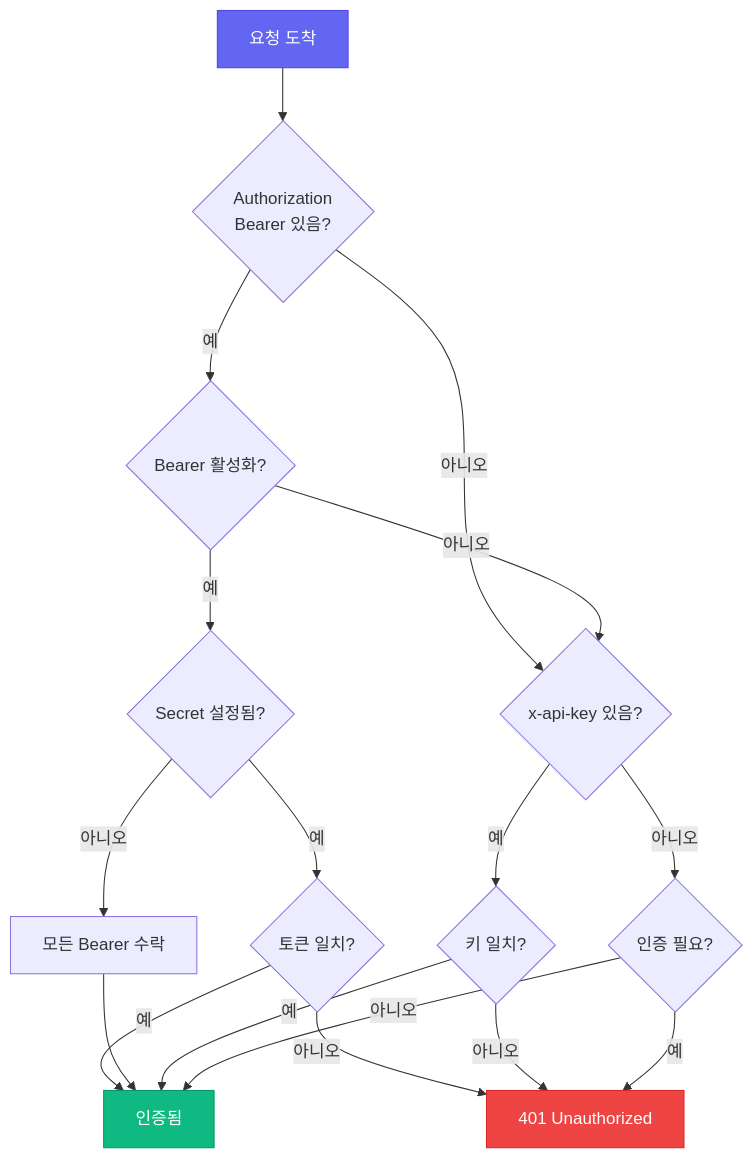
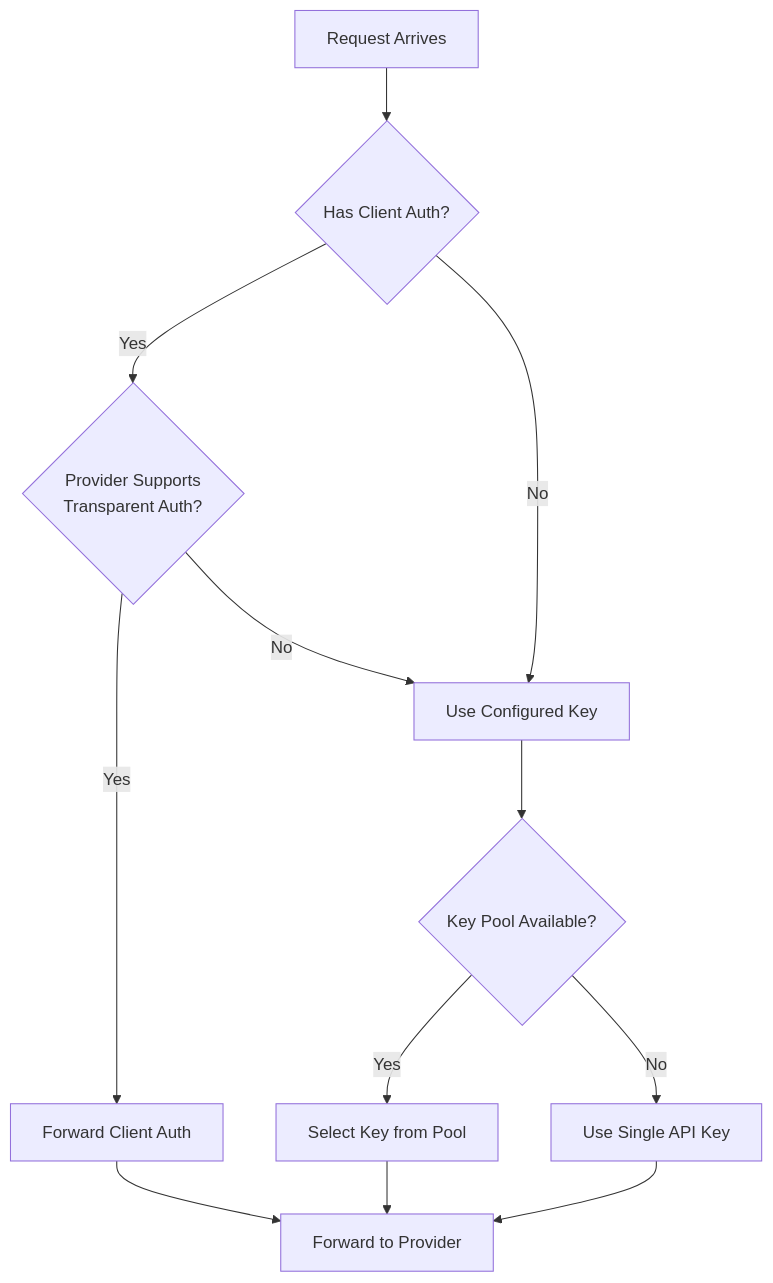
The fifth of 5 diagrams in docs-site/content/ko/docs/architecture.md (omarluq/cc-relay), drawn with Mermaid before and after one commit. The commit also changed other lines of this file and 5 other files, not shown here.

First line of the commit message:
docs: rewrite architecture docs with multi-provider support

````diff
--- a/docs-site/content/ko/docs/architecture.md
+++ b/docs-site/content/ko/docs/architecture.md
@@ -263,30 +299,14 @@
 ```mermaid
 graph TD
-    A[요청 도착] --> B{Authorization<br/>Bearer 있음?}
-    B -->|예| C{Bearer 활성화?}
-    B -->|아니오| D{x-api-key 있음?}
-
-    C -->|예| E{Secret 설정됨?}
-    C -->|아니오| D
-
-    E -->|예| F{토큰 일치?}
-    E -->|아니오| G[모든 Bearer 수락]
-
-    F -->|예| H[인증됨]
-    F -->|아니오| I[401 Unauthorized]
-
-    G --> H
-
-    D -->|예| J{키 일치?}
-    D -->|아니오| K{인증 필요?}
-
-    J -->|예| H
-    J -->|아니오| I
-
-    K -->|예| I
-    K -->|아니오| H
-
-    style A fill:#6366f1,stroke:#4f46e5,color:#fff
-    style H fill:#10b981,stroke:#059669,color:#fff
-    style I fill:#ef4444,stroke:#dc2626,color:#fff
+    A[Request Arrives] --> B{Has Client Auth?}
+    B -->|Yes| C{Provider Supports<br/>Transparent Auth?}
+    B -->|No| D[Use Configured Key]
+    C -->|Yes| E[Forward Client Auth]
+    C -->|No| D
+    D --> F{Key Pool Available?}
+    F -->|Yes| G[Select Key from Pool]
+    F -->|No| H[Use Single API Key]
+    E --> I[Forward to Provider]
+    G --> I
+    H --> I
 ```
````
